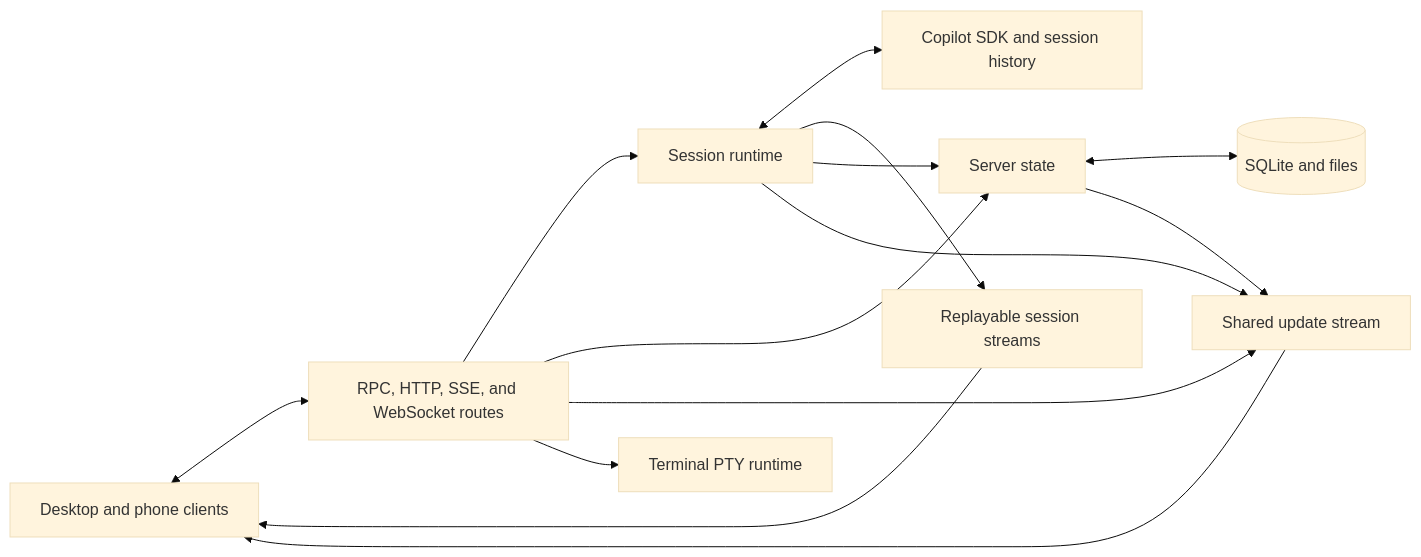
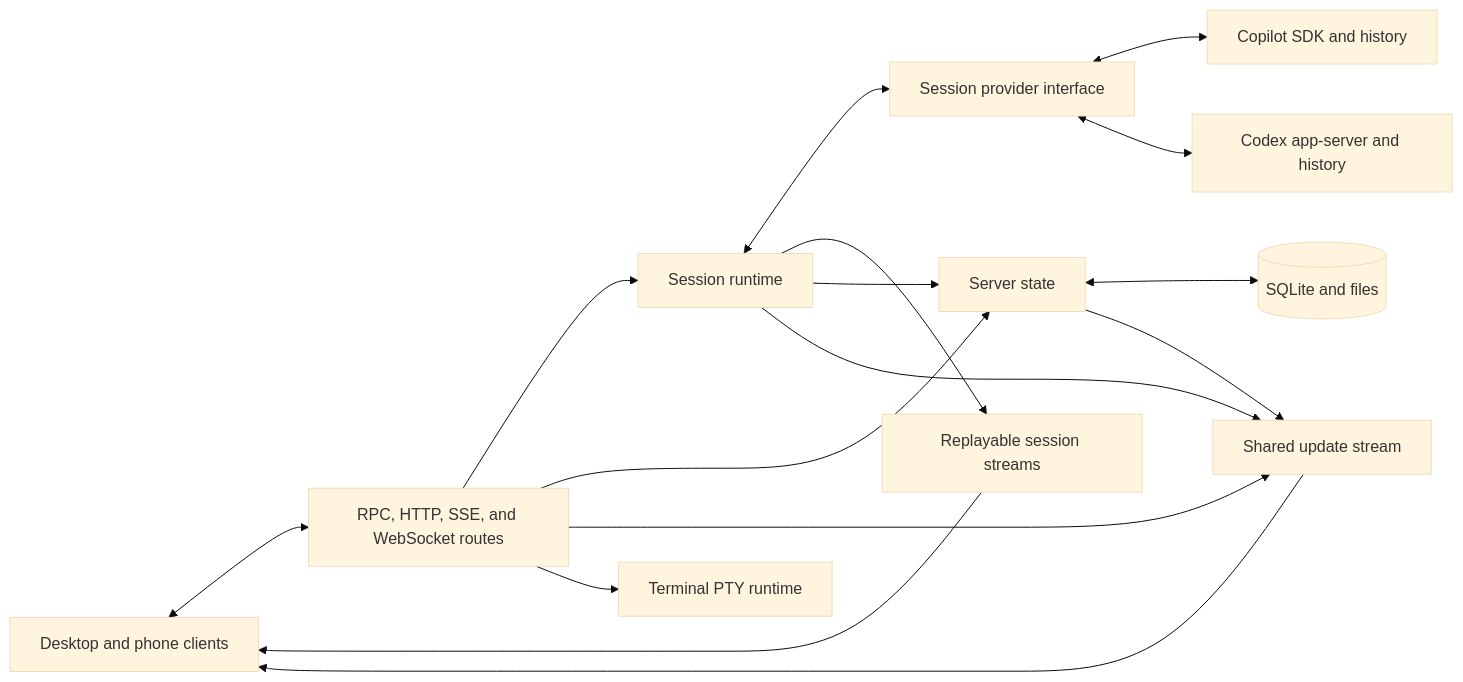
The diagram in AGENTS.md (lostintangent/toy-box), drawn with Mermaid (base theme) before and after one commit. The commit also changed other lines of this file and 256 other files, not shown here.

````diff
--- a/AGENTS.md
+++ b/AGENTS.md
@@ -15,16 +15,18 @@
 ```mermaid
 flowchart LR
     Clients[Desktop and phone clients] <--> API[RPC, HTTP, SSE, and WebSocket routes]
     API --> Runtime[Session runtime]
-    Runtime <--> SDK[Copilot SDK and session history]
+    Runtime <--> Providers[Session provider interface]
+    Providers <--> Copilot[Copilot SDK and history]
+    Providers <--> Codex[Codex app-server and history]
     Runtime --> Streams[Replayable session streams]
     Streams --> Clients
     API --> State[Server state]
     Runtime --> State
     State <--> Database[(SQLite and files)]
     API --> Updates[Shared update stream]
     Runtime --> Updates
     State --> Updates
     Updates --> Clients
     API --> Terminal[Terminal PTY runtime]
 ```
````
